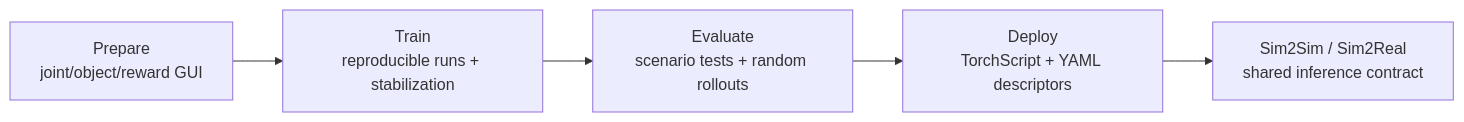
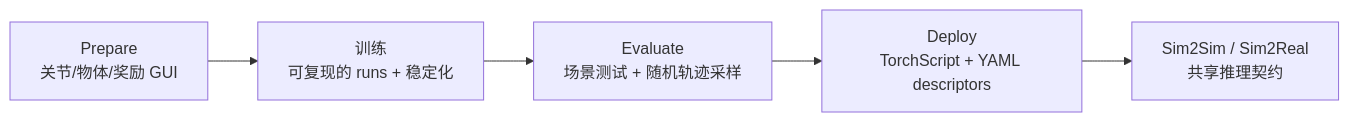
Before and after one commit to niuverse/llm-wiki: the diagram in wiki/entities/AGILE.md, drawn with Mermaid. The commit also changed other lines of this file and 123 other files, not shown here.

````diff
--- a/wiki/entities/AGILE.md
+++ b/wiki/entities/AGILE.md
@@ -13,7 +13,7 @@
 ```mermaid
 flowchart LR
-  A["Prepare<br/>joint/object/reward GUI"] --> B["Train<br/>reproducible runs + stabilization"]
-  B --> C["Evaluate<br/>scenario tests + random rollouts"]
+  A["Prepare<br/>关节/物体/奖励 GUI"] --> B["训练<br/>可复现的 runs + 稳定化"]
+  B --> C["Evaluate<br/>场景测试 + 随机轨迹采样"]
   C --> D["Deploy<br/>TorchScript + YAML descriptors"]
-  D --> E["Sim2Sim / Sim2Real<br/>shared inference contract"]
+  D --> E["Sim2Sim / Sim2Real<br/>共享推理契约"]
 ```
````
